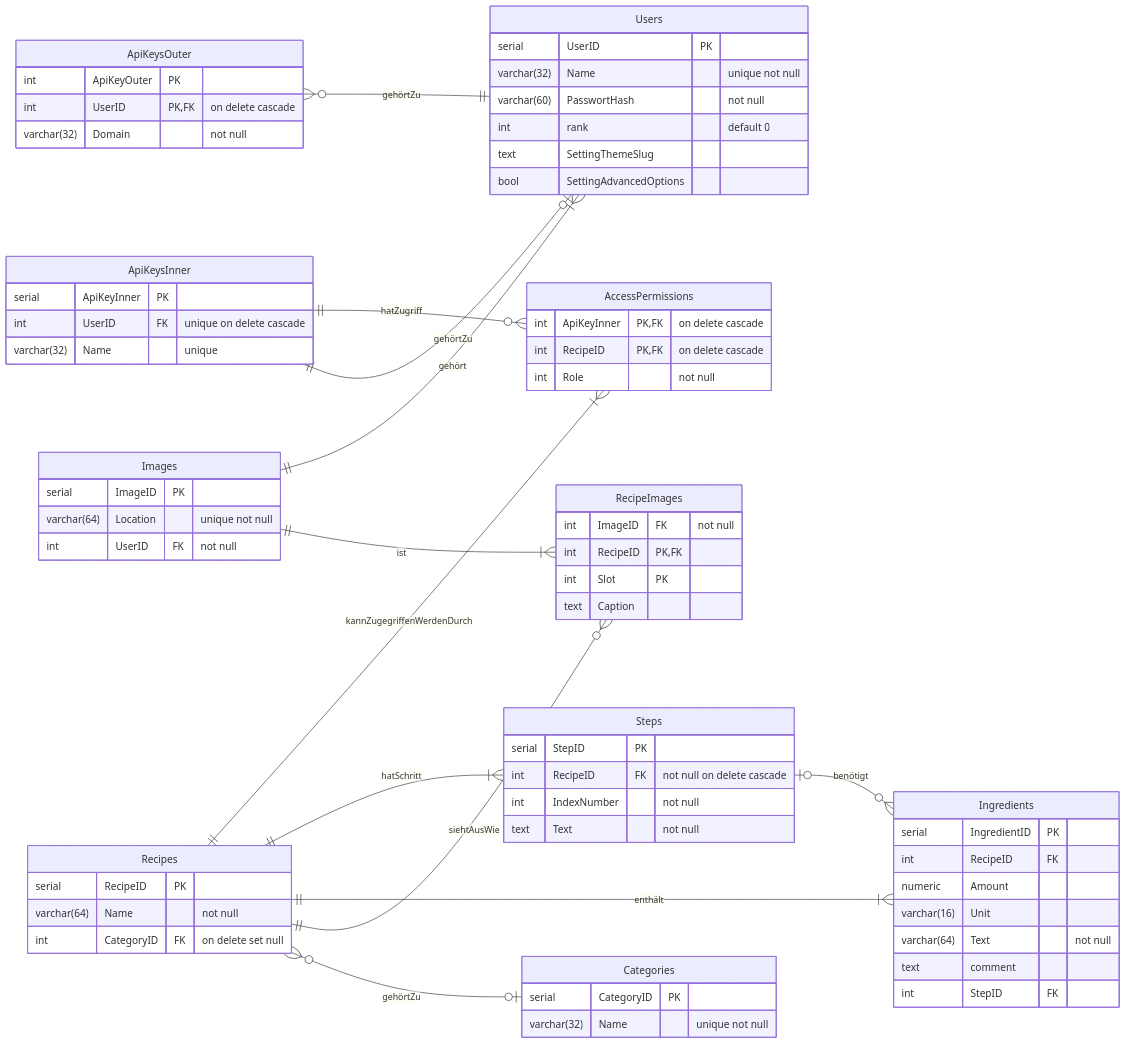
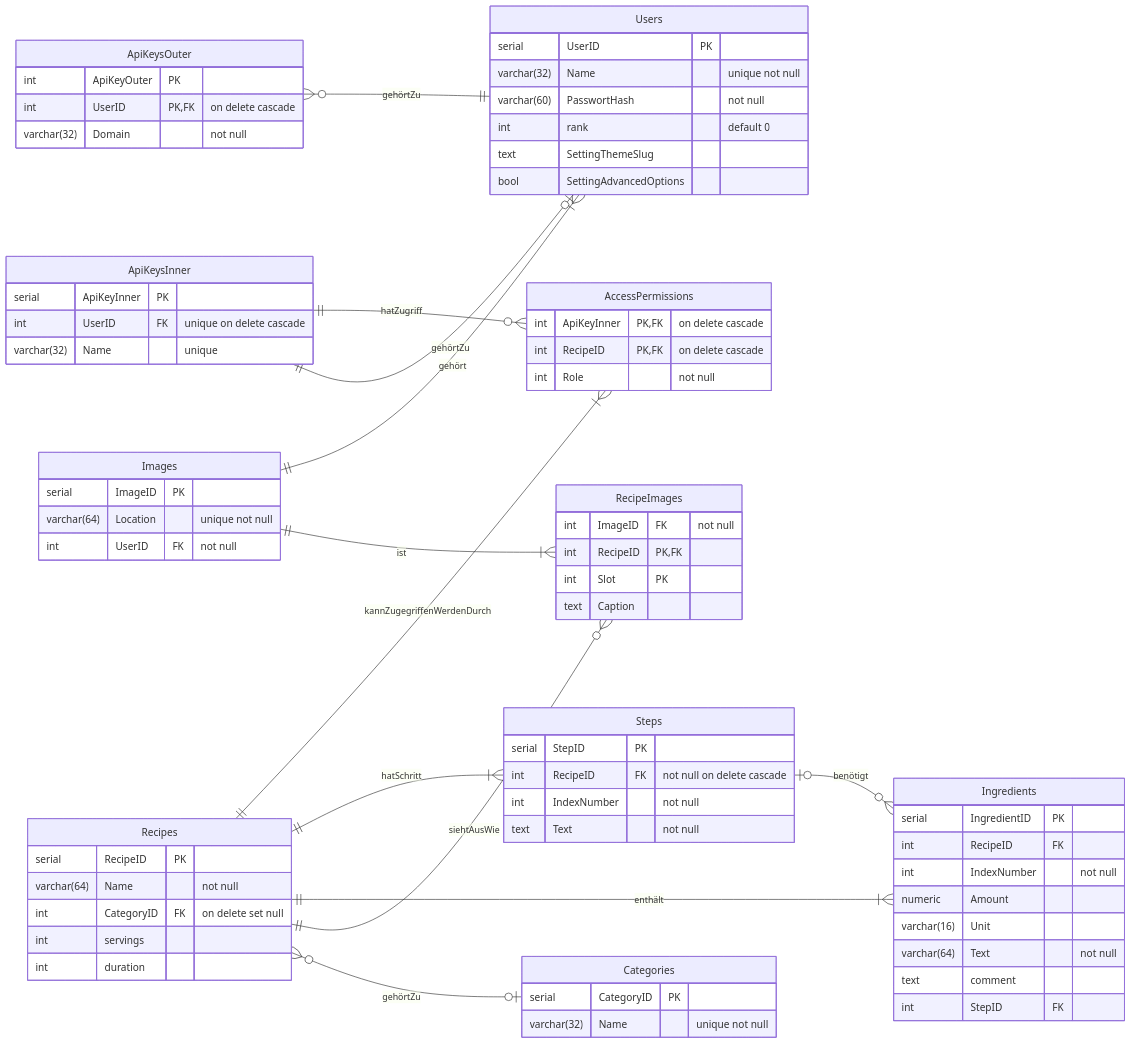
Before and after one commit to juve33/kochbuch: the diagram in db.md, drawn with Mermaid. The commit also changed 1 other file, not shown here.

Commit message:
minor data structure rework

```diff
--- a/db.md
+++ b/db.md
@@ -22,6 +22,8 @@
     serial RecipeID PK
     varchar(64) Name "not null"
     int CategoryID FK "on delete set null"
+    int servings
+    int duration
 }
 
 Steps {
@@ -34,6 +36,7 @@
 Ingredients {
     serial IngredientID PK
     int RecipeID FK
+    int IndexNumber "not null"
     numeric Amount
     varchar(16) Unit
     varchar(64) Text "not null"
```
